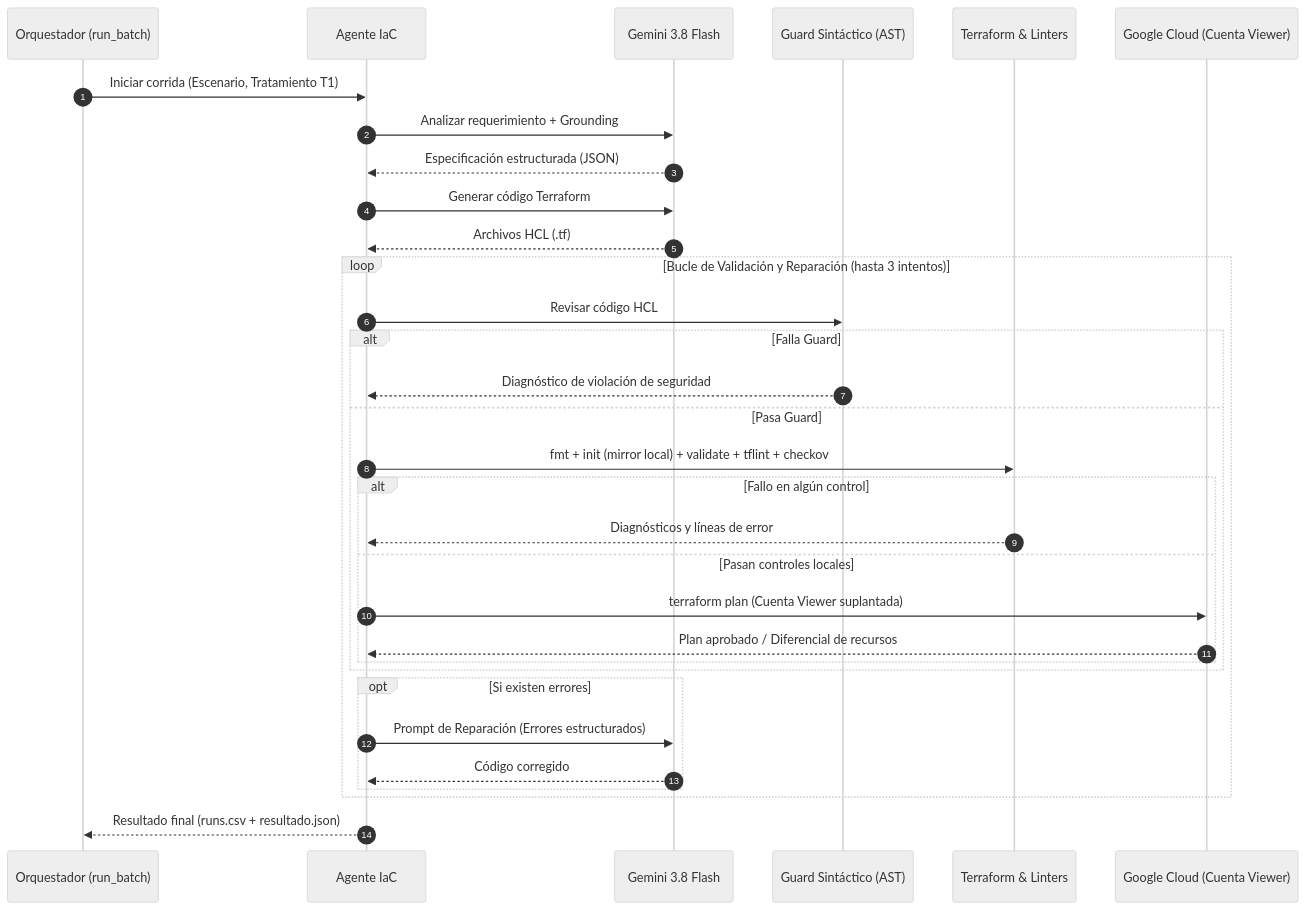
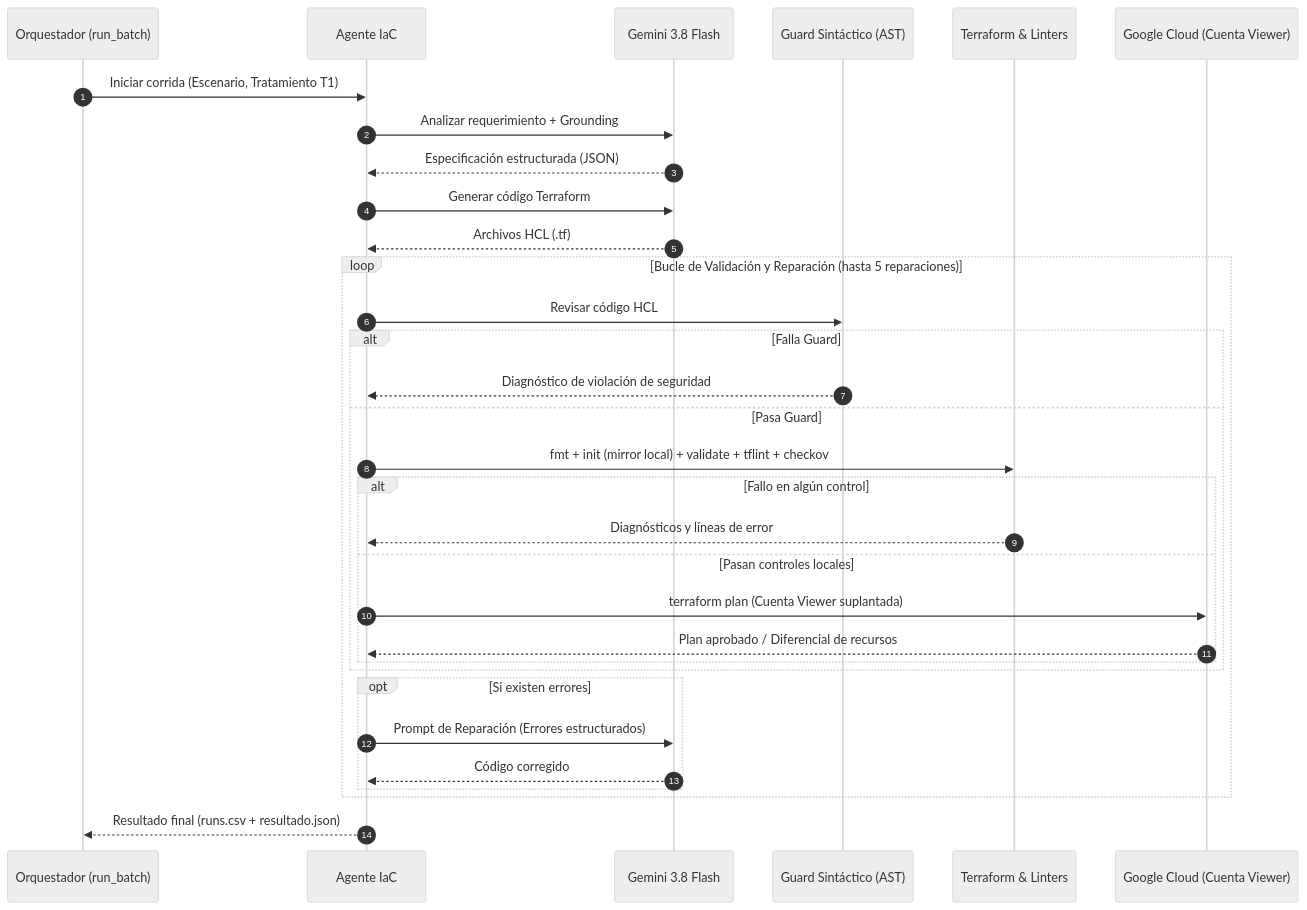
Before and after one commit to pieroMejiaR/LLM-IAC-GCP: the second of 4 diagrams in docs/informe.md, drawn with Mermaid (neutral theme). The commit also changed other lines of this file and 8 other files, not shown here.

````diff
--- a/docs/informe.md
+++ b/docs/informe.md
@@ -194,36 +194,36 @@
 ```mermaid
 sequenceDiagram
     autonumber
     participant Orch as Orquestador (run_batch)
     participant Ag as Agente IaC
     participant LLM as Gemini 3.8 Flash
     participant Guard as Guard Sintáctico (AST)
     participant TF as Terraform & Linters
     participant GCP as Google Cloud (Cuenta Viewer)
 
     Orch->>Ag: Iniciar corrida (Escenario, Tratamiento T1)
     Ag->>LLM: Analizar requerimiento + Grounding
     LLM-->>Ag: Especificación estructurada (JSON)
     Ag->>LLM: Generar código Terraform
     LLM-->>Ag: Archivos HCL (.tf)
     
-    loop Bucle de Validación y Reparación (hasta 3 intentos)
+    loop Bucle de Validación y Reparación (hasta 5 reparaciones)
         Ag->>Guard: Revisar código HCL
         alt Falla Guard
             Guard-->>Ag: Diagnóstico de violación de seguridad
         else Pasa Guard
             Ag->>TF: fmt + init (mirror local) + validate + tflint + checkov
             alt Fallo en algún control
                 TF-->>Ag: Diagnósticos y líneas de error
             else Pasan controles locales
                 Ag->>GCP: terraform plan (Cuenta Viewer suplantada)
                 GCP-->>Ag: Plan aprobado / Diferencial de recursos
             end
         end
         opt Si existen errores
             Ag->>LLM: Prompt de Reparación (Errores estructurados)
             LLM-->>Ag: Código corregido
         end
     end
     Ag-->>Orch: Resultado final (runs.csv + resultado.json)
 ```
````
